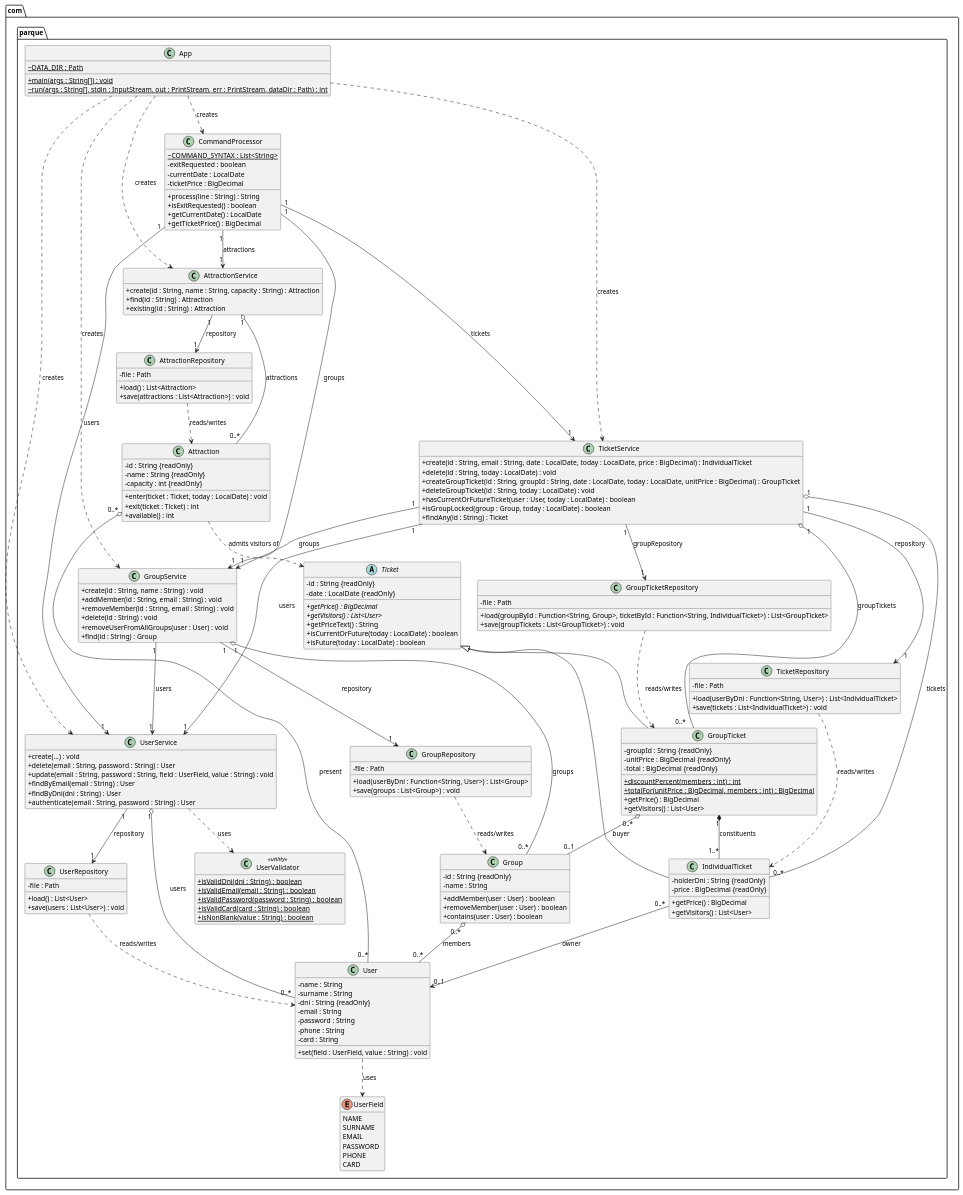
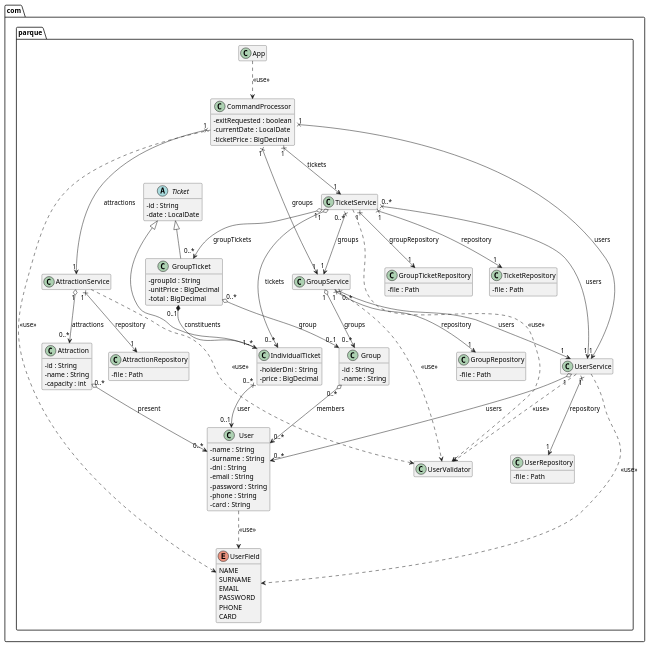
Before and after one commit to skai-upm/caise27: the diagram in uml/model.puml, drawn with PlantUML. The commit also changed 8 other files, not shown here.

```diff
--- a/uml/model.puml
+++ b/uml/model.puml
@@ -1,199 +1,142 @@
 @startuml model
-' Class model of the amusement-park application (package com.parque)
+' Class model of the amusement-park application (package com.parque), derived from the current source code.
+' Notation: no methods; attributes are primitive-like values or enumerations; every object reference is a
+' relationship labelled with the holder's field name. Plain associations mark the holder end with a cross (x)
+' and the referenced end with an arrow; aggregations/compositions mark the holder end with the diamond.
+' Usage (dependency) arrows are drawn only for classes that have no incoming relationship.
 hide empty members
 skinparam classAttributeIconSize 0
 
 package com.parque {
 
-  class App {
-    {static} ~DATA_DIR : Path
-    {static} +main(args : String[]) : void
-    {static} ~run(args : String[], stdin : InputStream, out : PrintStream, err : PrintStream, dataDir : Path) : int
-  }
+  class App
 
   class CommandProcessor {
-    {static} ~COMMAND_SYNTAX : List<String>
     -exitRequested : boolean
     -currentDate : LocalDate
     -ticketPrice : BigDecimal
-    +process(line : String) : String
-    +isExitRequested() : boolean
-    +getCurrentDate() : LocalDate
-    +getTicketPrice() : BigDecimal
   }
 
   class User {
     -name : String
     -surname : String
-    -dni : String {readOnly}
+    -dni : String
     -email : String
     -password : String
     -phone : String
     -card : String
-    +set(field : UserField, value : String) : void
   }
 
   enum UserField {
     NAME
     SURNAME
     EMAIL
     PASSWORD
     PHONE
     CARD
   }
 
-  class UserValidator <<utility>> {
-    {static} +isValidDni(dni : String) : boolean
-    {static} +isValidEmail(email : String) : boolean
-    {static} +isValidPassword(password : String) : boolean
-    {static} +isValidCard(card : String) : boolean
-    {static} +isNonBlank(value : String) : boolean
-  }
+  class UserValidator
 
-  class UserService {
-    +create(...) : void
-    +delete(email : String, password : String) : User
-    +update(email : String, password : String, field : UserField, value : String) : void
-    +findByEmail(email : String) : User
-    +findByDni(dni : String) : User
-    +authenticate(email : String, password : String) : User
-  }
+  class UserService
 
   class UserRepository {
     -file : Path
-    +load() : List<User>
-    +save(users : List<User>) : void
   }
 
   class Group {
-    -id : String {readOnly}
+    -id : String
     -name : String
-    +addMember(user : User) : boolean
-    +removeMember(user : User) : boolean
-    +contains(user : User) : boolean
   }
 
-  class GroupService {
-    +create(id : String, name : String) : void
-    +addMember(id : String, email : String) : void
-    +removeMember(id : String, email : String) : void
-    +delete(id : String) : void
-    +removeUserFromAllGroups(user : User) : void
-    +find(id : String) : Group
-  }
+  class GroupService
 
   class GroupRepository {
     -file : Path
-    +load(userByDni : Function<String, User>) : List<Group>
-    +save(groups : List<Group>) : void
   }
 
   abstract class Ticket {
-    -id : String {readOnly}
-    -date : LocalDate {readOnly}
-    +{abstract} getPrice() : BigDecimal
-    +{abstract} getVisitors() : List<User>
-    +getPriceText() : String
-    +isCurrentOrFuture(today : LocalDate) : boolean
-    +isFuture(today : LocalDate) : boolean
+    -id : String
+    -date : LocalDate
   }
 
   class IndividualTicket {
-    -holderDni : String {readOnly}
-    -price : BigDecimal {readOnly}
-    +getPrice() : BigDecimal
-    +getVisitors() : List<User>
+    -holderDni : String
+    -price : BigDecimal
   }
 
   class GroupTicket {
-    -groupId : String {readOnly}
-    -unitPrice : BigDecimal {readOnly}
-    -total : BigDecimal {readOnly}
-    {static} +discountPercent(members : int) : int
-    {static} +totalFor(unitPrice : BigDecimal, members : int) : BigDecimal
-    +getPrice() : BigDecimal
-    +getVisitors() : List<User>
+    -groupId : String
+    -unitPrice : BigDecimal
+    -total : BigDecimal
   }
 
-  class Attraction {
-    -id : String {readOnly}
-    -name : String {readOnly}
-    -capacity : int {readOnly}
-    +enter(ticket : Ticket, today : LocalDate) : void
-    +exit(ticket : Ticket) : int
-    +available() : int
-  }
-
-  class AttractionService {
-    +create(id : String, name : String, capacity : String) : Attraction
-    +find(id : String) : Attraction
-    +existing(id : String) : Attraction
-  }
-
-  class AttractionRepository {
-    -file : Path
-    +load() : List<Attraction>
-    +save(attractions : List<Attraction>) : void
-  }
-
-  class TicketService {
-    +create(id : String, email : String, date : LocalDate, today : LocalDate, price : BigDecimal) : IndividualTicket
-    +delete(id : String, today : LocalDate) : void
-    +createGroupTicket(id : String, groupId : String, date : LocalDate, today : LocalDate, unitPrice : BigDecimal) : GroupTicket
-    +deleteGroupTicket(id : String, today : LocalDate) : void
-    +hasCurrentOrFutureTicket(user : User, today : LocalDate) : boolean
-    +isGroupLocked(group : Group, today : LocalDate) : boolean
-    +findAny(id : String) : Ticket
-  }
+  class TicketService
 
   class TicketRepository {
     -file : Path
-    +load(userByDni : Function<String, User>) : List<IndividualTicket>
-    +save(tickets : List<IndividualTicket>) : void
   }
 
   class GroupTicketRepository {
     -file : Path
-    +load(groupById : Function<String, Group>, ticketById : Function<String, IndividualTicket>) : List<GroupTicket>
-    +save(groupTickets : List<GroupTicket>) : void
+  }
+
+  class Attraction {
+    -id : String
+    -name : String
+    -capacity : int
+  }
+
+  class AttractionService
+
+  class AttractionRepository {
+    -file : Path
   }
 }
 
-App ..> CommandProcessor : creates
-App ..> UserService : creates
-App ..> GroupService : creates
-App ..> TicketService : creates
-App ..> AttractionService : creates
-CommandProcessor "1" --> "1" UserService : users
-CommandProcessor "1" --> "1" GroupService : groups
-CommandProcessor "1" --> "1" TicketService : tickets
-CommandProcessor "1" --> "1" AttractionService : attractions
-UserService "1" --> "1" UserRepository : repository
-UserService "1" o-- "0..*" User : users
-UserService ..> UserValidator : uses
-User ..> UserField : uses
-GroupService "1" --> "1" GroupRepository : repository
-GroupService "1" --> "1" UserService : users
-GroupService "1" o-- "0..*" Group : groups
-Group "0..*" o-- "0..*" User : members
-UserRepository ..> User : reads/writes
-GroupRepository ..> Group : reads/writes
-TicketService "1" --> "1" TicketRepository : repository
-TicketService "1" --> "1" UserService : users
-TicketService "1" --> "1" GroupTicketRepository : groupRepository
-TicketService "1" --> "1" GroupService : groups
-TicketService "1" o-- "0..*" IndividualTicket : tickets
-TicketService "1" o-- "0..*" GroupTicket : groupTickets
+' Inheritance
 Ticket <|-- IndividualTicket
 Ticket <|-- GroupTicket
-IndividualTicket "0..*" --> "0..1" User : owner
-GroupTicket "0..*" o-- "0..1" Group : buyer
-GroupTicket "1" *-- "1..*" IndividualTicket : constituents
-TicketRepository ..> IndividualTicket : reads/writes
-GroupTicketRepository ..> GroupTicket : reads/writes
-AttractionService "1" --> "1" AttractionRepository : repository
-AttractionService "1" o-- "0..*" Attraction : attractions
-Attraction "0..*" o-- "0..*" User : present
-Attraction ..> Ticket : admits visitors of
-AttractionRepository ..> Attraction : reads/writes
+
+' Controller
+CommandProcessor "1" x--> "1" UserService : users
+CommandProcessor "1" x--> "1" GroupService : groups
+CommandProcessor "1" x--> "1" TicketService : tickets
+CommandProcessor "1" x--> "1" AttractionService : attractions
+
+' Users
+UserService "1" x--> "1" UserRepository : repository
+UserService "1" o--> "0..*" User : users
+
+' Groups
+GroupService "1" x--> "1" GroupRepository : repository
+GroupService "0..*" x--> "1" UserService : users
+GroupService "1" o--> "0..*" Group : groups
+Group "0..*" o--> "0..*" User : members
+
+' Tickets
+TicketService "1" x--> "1" TicketRepository : repository
+TicketService "1" x--> "1" GroupTicketRepository : groupRepository
+TicketService "0..*" x--> "1" UserService : users
+TicketService "0..*" x--> "1" GroupService : groups
+TicketService "1" o--> "0..*" IndividualTicket : tickets
+TicketService "1" o--> "0..*" GroupTicket : groupTickets
+IndividualTicket "0..*" x--> "0..1" User : user
+GroupTicket "0..*" o--> "0..1" Group : group
+GroupTicket "0..1" *--> "1..*" IndividualTicket : constituents
+
+' Attractions
+AttractionService "1" x--> "1" AttractionRepository : repository
+AttractionService "1" o--> "0..*" Attraction : attractions
+Attraction "0..*" o--> "0..*" User : present
+
+' Usage of classes without incoming relationships
+App ..> CommandProcessor : <<use>>
+User ..> UserField : <<use>>
+UserService ..> UserField : <<use>>
+CommandProcessor ..> UserField : <<use>>
+UserService ..> UserValidator : <<use>>
+GroupService ..> UserValidator : <<use>>
+TicketService ..> UserValidator : <<use>>
+AttractionService ..> UserValidator : <<use>>
 @enduml
```
